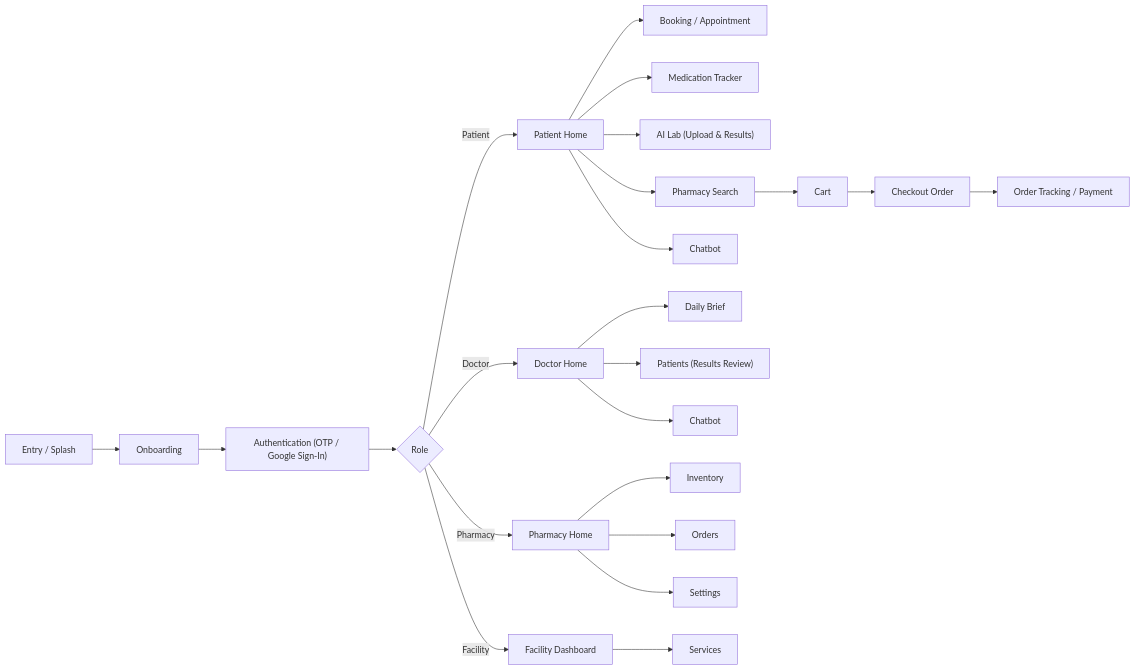
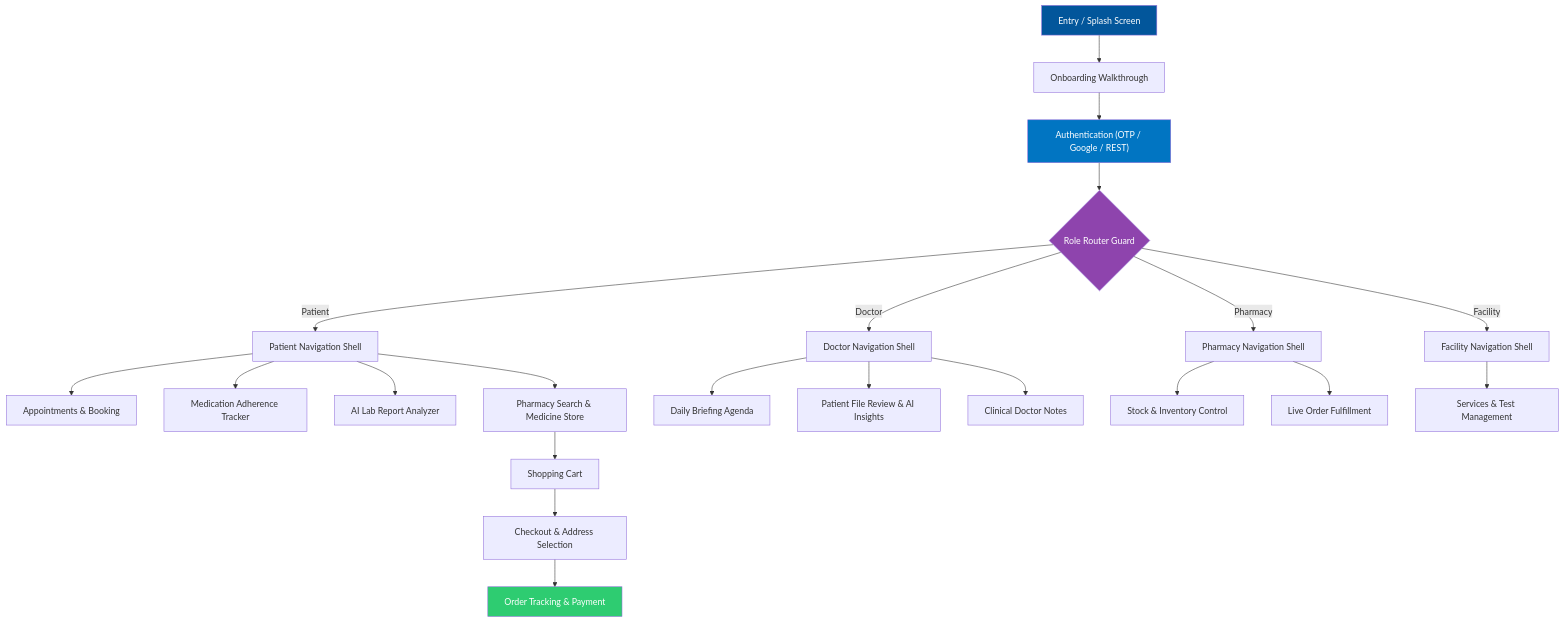
The second of 2 diagrams in README.md (Emo2003/chefaa), drawn with Mermaid before and after one commit. The commit also changed other lines of this file, not shown here.

````diff
--- a/README.md
+++ b/README.md
@@ -261,31 +185,38 @@
 ```mermaid
-flowchart LR
-    A["Entry / Splash"] --> B["Onboarding"]
-    B --> C["Authentication (OTP / Google Sign-In)"]
-    C --> D{Role}
+flowchart TD
+    A["Entry / Splash Screen"] --> B["Onboarding Walkthrough"]
+    B --> C["Authentication (OTP / Google / REST)"]
+    C --> D{"Role Router Guard"}
 
-    D -->|Patient| P["Patient Home"]
-    D -->|Doctor| Doc["Doctor Home"]
-    D -->|Pharmacy| Ph["Pharmacy Home"]
-    D -->|Facility| Fac["Facility Dashboard"]
+    D -->|Patient| P["Patient Navigation Shell"]
+    D -->|Doctor| Doc["Doctor Navigation Shell"]
+    D -->|Pharmacy| Ph["Pharmacy Navigation Shell"]
+    D -->|Facility| Fac["Facility Navigation Shell"]
 
-    P --> P1["Booking / Appointment"]
-    P --> P2["Medication Tracker"]
-    P --> P3["AI Lab (Upload & Results)"]
-    P --> P4["Pharmacy Search"]
-    P --> P5["Chatbot"]
+    %% Patient Sub-flows
+    P --> P1["Appointments & Booking"]
+    P --> P2["Medication Adherence Tracker"]
+    P --> P3["AI Lab Report Analyzer"]
+    P --> P4["Pharmacy Search & Medicine Store"]
+    P4 --> Cart["Shopping Cart"]
+    Cart --> Checkout["Checkout & Address Selection"]
+    Checkout --> OrderTrack["Order Tracking & Payment"]
 
-    P4 --> Cart["Cart"]
-    Cart --> Checkout["Checkout Order"]
-    Checkout --> OrderTrack["Order Tracking / Payment"]
+    %% Doctor Sub-flows
+    Doc --> Doc1["Daily Briefing Agenda"]
+    Doc --> Doc2["Patient File Review & AI Insights"]
+    Doc --> Doc3["Clinical Doctor Notes"]
 
-    Doc --> Doc1["Daily Brief"]
-    Doc --> Doc2["Patients (Results Review)"]
-    Doc --> Doc3["Chatbot"]
+    %% Pharmacy Sub-flows
+    Ph --> Ph1["Stock & Inventory Control"]
+    Ph --> Ph2["Live Order Fulfillment"]
 
-    Ph --> Ph1["Inventory"]
-    Ph --> Ph2["Orders"]
-    Ph --> Ph3["Settings"]
+    %% Facility Sub-flows
+    Fac --> Fac1["Services & Test Management"]
 
-    Fac --> Fac1["Services"]
+    style A fill:#02569B,color:#fff
+    style C fill:#0175C2,color:#fff
+    style D fill:#8E44AD,color:#fff
+    style OrderTrack fill:#2ECC71,color:#fff
+
 ```
````
